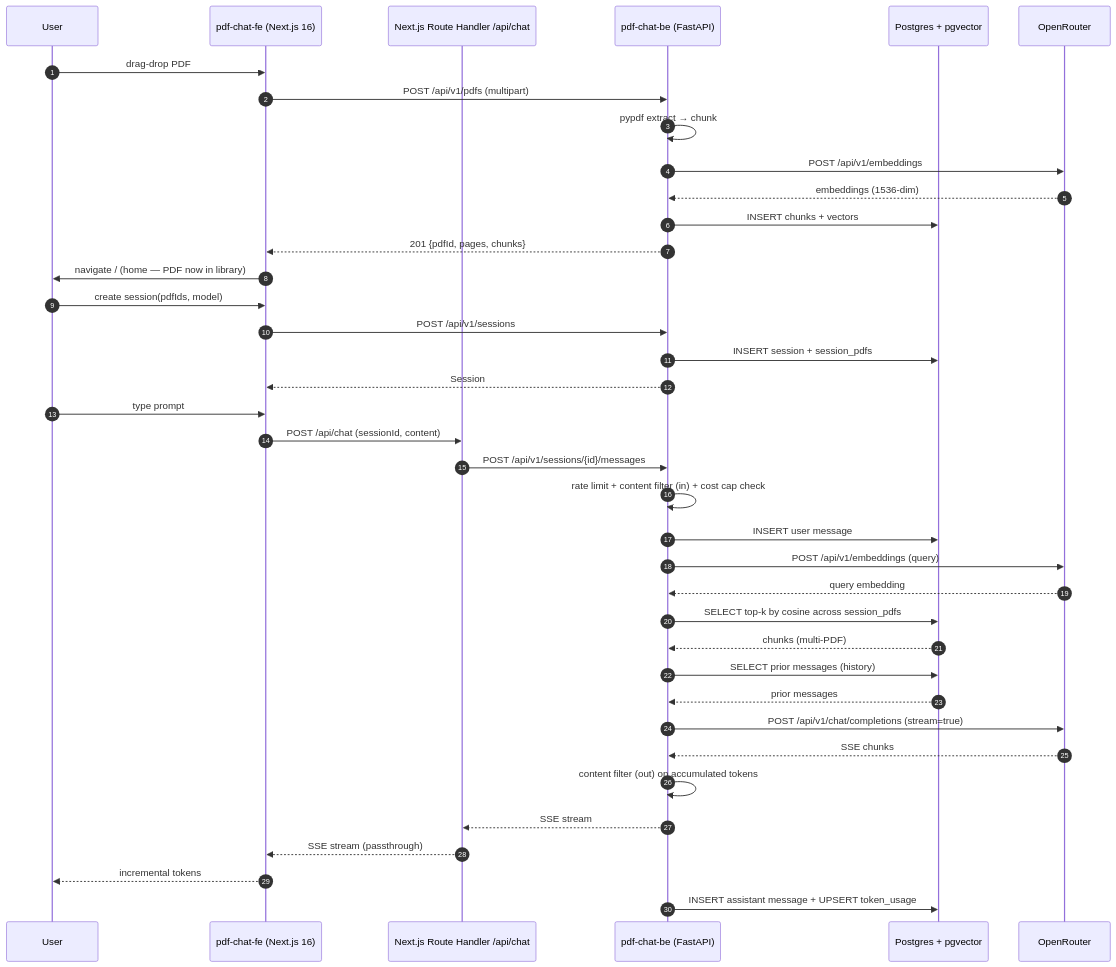
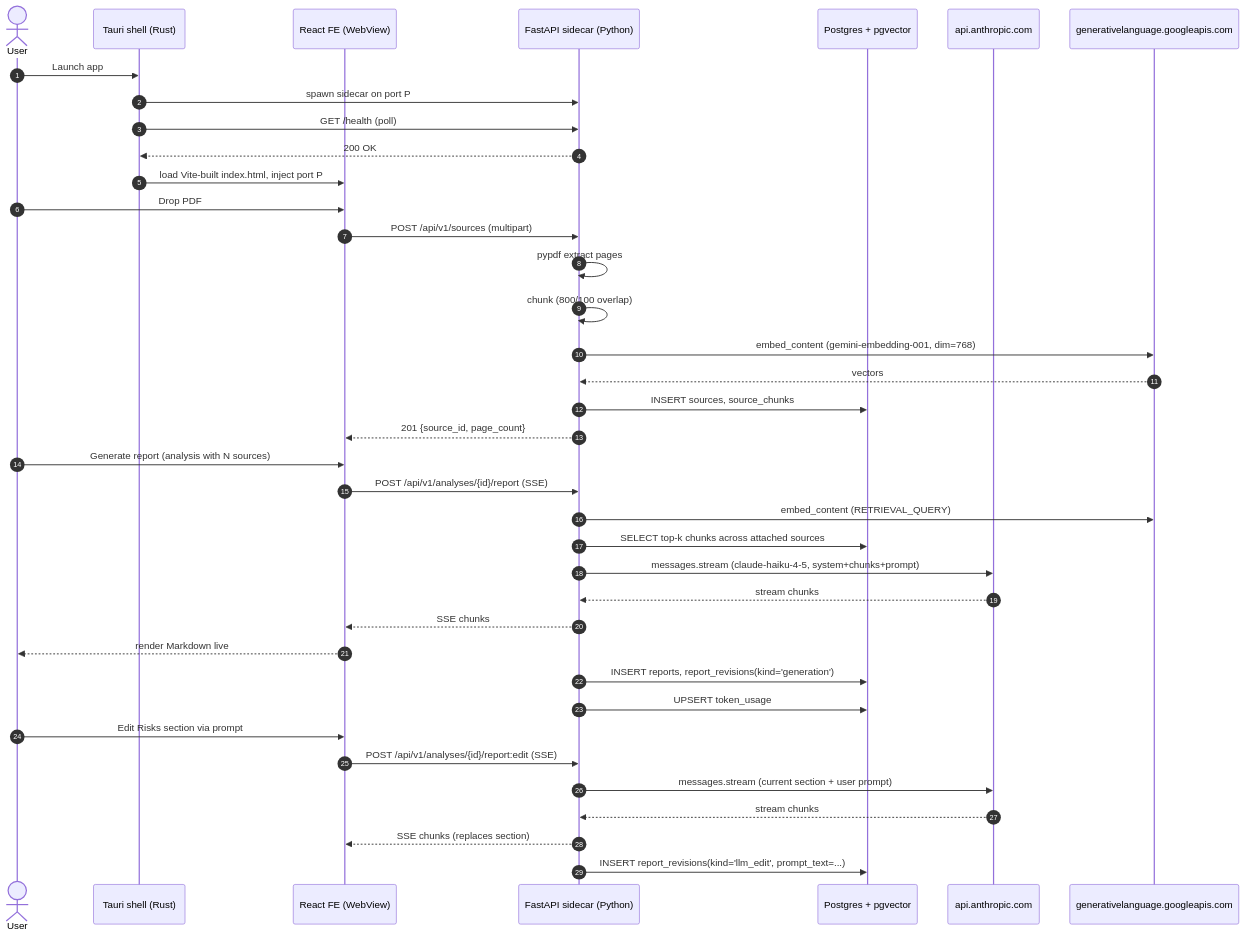
The first of 2 diagrams in plans/in-progress/2026-04-27__add-investment-oracle-app/tech-docs.md (wahidyankf/ose-primer), drawn with Mermaid before and after one commit. The commit also changed other lines of this file and 9 other files, not shown here.

First line of the commit message:
docs(plans): pivot pdf-chat plan to investment-oracle desktop app

````diff
--- a/plans/in-progress/2026-04-27__add-investment-oracle-app/tech-docs.md
+++ b/plans/in-progress/2026-04-27__add-investment-oracle-app/tech-docs.md
@@ -63,44 +35,42 @@
 ```mermaid
-%% Color Palette: Blue #0173B2 | Orange #DE8F05 | Teal #029E73 | Purple #CC78BC | Gray #808080
+%% Color Palette: Blue #0173B2 | Orange #DE8F05 | Teal #029E73 | Purple #CC78BC | Gray #808080 | Brown #CA9161
 sequenceDiagram
     autonumber
-    participant U as User
-    participant FE as pdf-chat-fe (Next.js 16)
-    participant RH as Next.js Route Handler /api/chat
-    participant BE as pdf-chat-be (FastAPI)
+    actor User
+    participant Shell as Tauri shell (Rust)
+    participant FE as React FE (WebView)
+    participant BE as FastAPI sidecar (Python)
     participant PG as Postgres + pgvector
-    participant OR as OpenRouter
+    participant ANT as api.anthropic.com
+    participant GEM as generativelanguage.googleapis.com
 
-    U->>FE: drag-drop PDF
-    FE->>BE: POST /api/v1/pdfs (multipart)
-    BE->>BE: pypdf extract → chunk
-    BE->>OR: POST /api/v1/embeddings
-    OR-->>BE: embeddings (1536-dim)
-    BE->>PG: INSERT chunks + vectors
-    BE-->>FE: 201 {pdfId, pages, chunks}
-    FE->>U: navigate / (home — PDF now in library)
-
-    U->>FE: create session(pdfIds, model)
-    FE->>BE: POST /api/v1/sessions
-    BE->>PG: INSERT session + session_pdfs
-    BE-->>FE: Session
-
-    U->>FE: type prompt
-    FE->>RH: POST /api/chat (sessionId, content)
-    RH->>BE: POST /api/v1/sessions/{id}/messages
-    BE->>BE: rate limit + content filter (in) + cost cap check
-    BE->>PG: INSERT user message
-    BE->>OR: POST /api/v1/embeddings (query)
-    OR-->>BE: query embedding
-    BE->>PG: SELECT top-k by cosine across session_pdfs
-    PG-->>BE: chunks (multi-PDF)
-    BE->>PG: SELECT prior messages (history)
-    PG-->>BE: prior messages
-    BE->>OR: POST /api/v1/chat/completions (stream=true)
-    OR-->>BE: SSE chunks
-    BE->>BE: content filter (out) on accumulated tokens
-    BE-->>RH: SSE stream
-    RH-->>FE: SSE stream (passthrough)
-    FE-->>U: incremental tokens
-    BE->>PG: INSERT assistant message + UPSERT token_usage
+    User->>Shell: Launch app
+    Shell->>BE: spawn sidecar on port P
+    Shell->>BE: GET /health (poll)
+    BE-->>Shell: 200 OK
+    Shell->>FE: load Vite-built index.html, inject port P
+    User->>FE: Drop PDF
+    FE->>BE: POST /api/v1/sources (multipart)
+    BE->>BE: pypdf extract pages
+    BE->>BE: chunk (800/100 overlap)
+    BE->>GEM: embed_content (gemini-embedding-001, dim=768)
+    GEM-->>BE: vectors
+    BE->>PG: INSERT sources, source_chunks
+    BE-->>FE: 201 {source_id, page_count}
+    User->>FE: Generate report (analysis with N sources)
+    FE->>BE: POST /api/v1/analyses/{id}/report (SSE)
+    BE->>GEM: embed_content (RETRIEVAL_QUERY)
+    BE->>PG: SELECT top-k chunks across attached sources
+    BE->>ANT: messages.stream (claude-haiku-4-5, system+chunks+prompt)
+    ANT-->>BE: stream chunks
+    BE-->>FE: SSE chunks
+    FE-->>User: render Markdown live
+    BE->>PG: INSERT reports, report_revisions(kind='generation')
+    BE->>PG: UPSERT token_usage
+    User->>FE: Edit Risks section via prompt
+    FE->>BE: POST /api/v1/analyses/{id}/report:edit (SSE)
+    BE->>ANT: messages.stream (current section + user prompt)
+    ANT-->>BE: stream chunks
+    BE-->>FE: SSE chunks (replaces section)
+    BE->>PG: INSERT report_revisions(kind='llm_edit', prompt_text=...)
 ```
````
